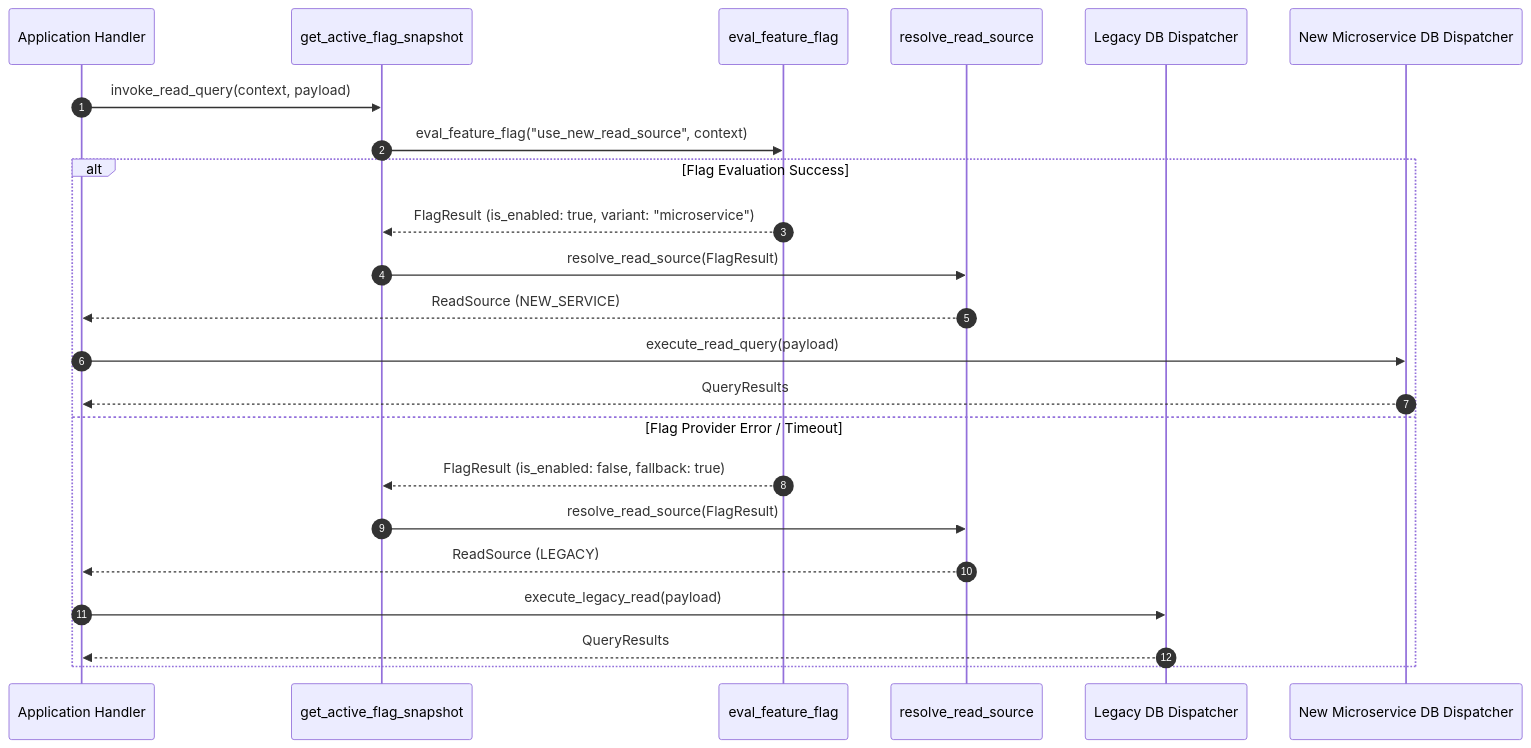
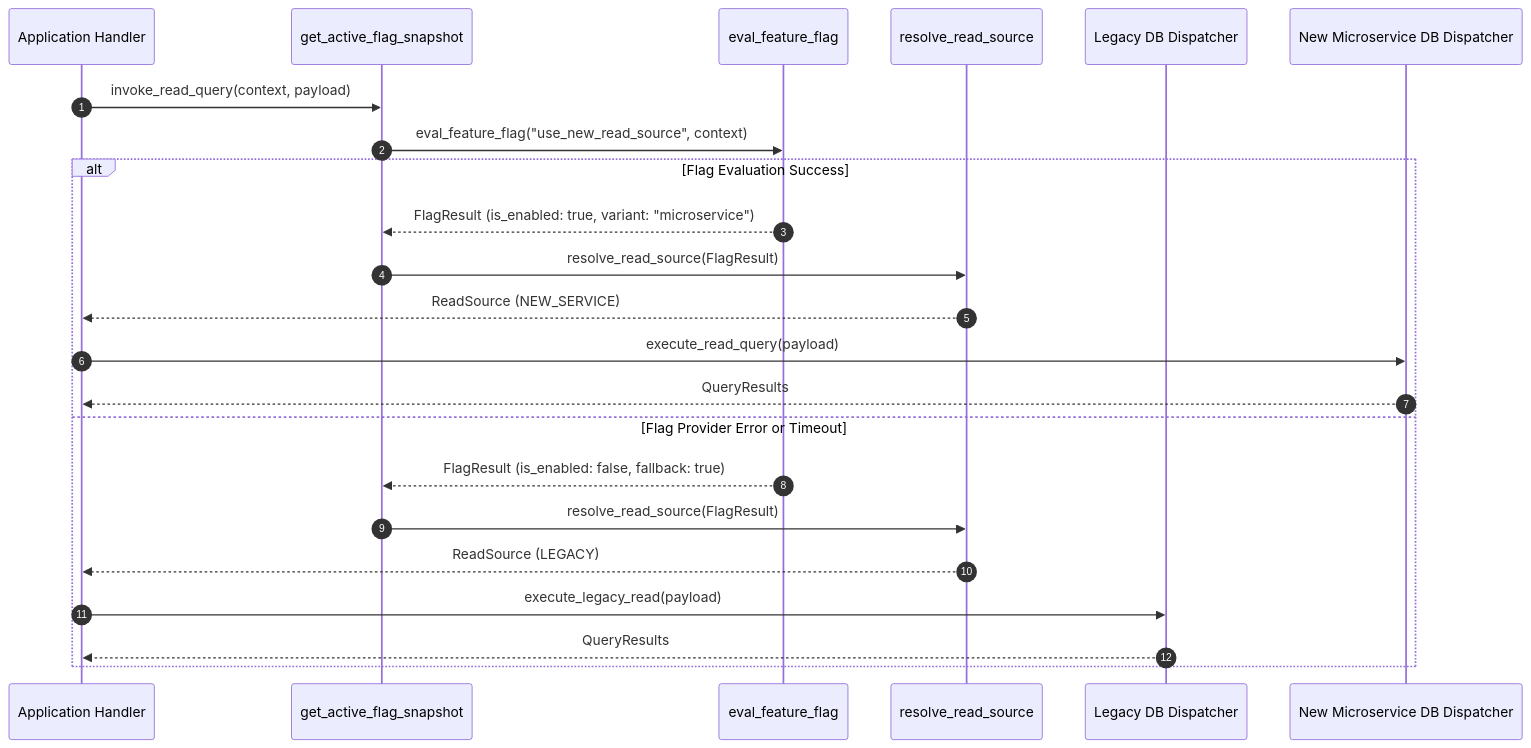
Before and after one commit to Chief-Strategist-J/llm-observability-platform: the second of 2 diagrams in notebooks/runbooks/refs/10-core-patterns-and-cutover/feature-flag-read-selection.md, drawn with Mermaid. The commit also changed 52 other files, not shown here.

Commit message:
fix(docs): resolve all Mermaid diagram syntax errors across runbook suite

````diff
--- a/notebooks/runbooks/refs/10-core-patterns-and-cutover/feature-flag-read-selection.md
+++ b/notebooks/runbooks/refs/10-core-patterns-and-cutover/feature-flag-read-selection.md
@@ -65,27 +65,27 @@
 ```mermaid
 sequenceDiagram
     autonumber
     participant App as Application Handler
     participant Cell as get_active_flag_snapshot
     participant Evaluator as eval_feature_flag
     participant Resolver as resolve_read_source
     participant Legacy as Legacy DB Dispatcher
     participant NewDB as New Microservice DB Dispatcher
 
     App->>Cell: invoke_read_query(context, payload)
     Cell->>Evaluator: eval_feature_flag("use_new_read_source", context)
     
     alt Flag Evaluation Success
         Evaluator-->>Cell: FlagResult (is_enabled: true, variant: "microservice")
         Cell->>Resolver: resolve_read_source(FlagResult)
         Resolver-->>App: ReadSource (NEW_SERVICE)
         App->>NewDB: execute_read_query(payload)
         NewDB-->>App: QueryResults
-    else Flag Provider Error / Timeout
+    else Flag Provider Error or Timeout
         Evaluator-->>Cell: FlagResult (is_enabled: false, fallback: true)
         Cell->>Resolver: resolve_read_source(FlagResult)
         Resolver-->>App: ReadSource (LEGACY)
         App->>Legacy: execute_legacy_read(payload)
         Legacy-->>App: QueryResults
     end
 ```
````
